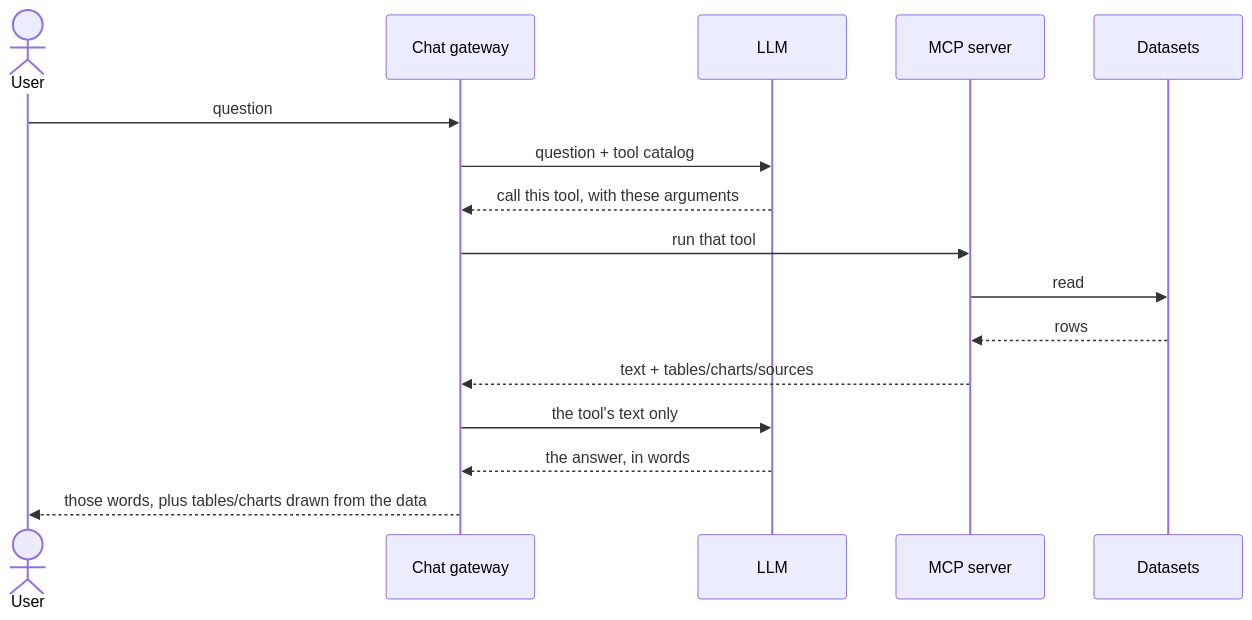
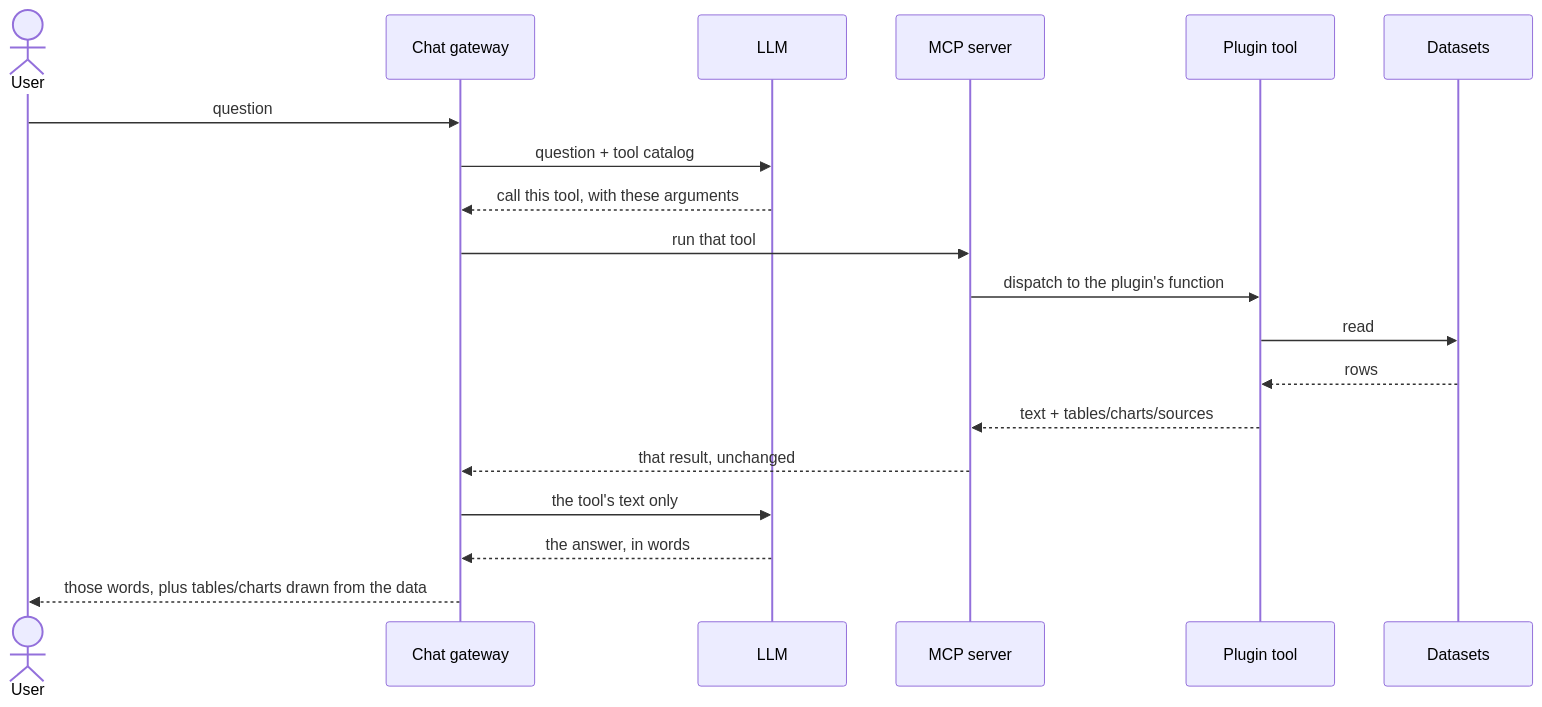
The diagram in docs/overview/architecture.md (okfn/mcp-docs), drawn with Mermaid before and after one commit. The commit also changed other lines of this file and 2 other files, not shown here.

Commit message:
Improve diagram (and colors for nigth mode)

````diff
--- a/docs/overview/architecture.md
+++ b/docs/overview/architecture.md
@@ -19,19 +19,22 @@
 ```mermaid
 sequenceDiagram
     actor User
     participant Gateway as Chat gateway
     participant LLM
     participant MCP as MCP server
+    participant Tool as Plugin tool
     participant Data as Datasets
 
     User->>Gateway: question
     Gateway->>LLM: question + tool catalog
     LLM-->>Gateway: call this tool, with these arguments
     Gateway->>MCP: run that tool
-    MCP->>Data: read
-    Data-->>MCP: rows
-    MCP-->>Gateway: text + tables/charts/sources
+    MCP->>Tool: dispatch to the plugin's function
+    Tool->>Data: read
+    Data-->>Tool: rows
+    Tool-->>MCP: text + tables/charts/sources
+    MCP-->>Gateway: that result, unchanged
     Gateway->>LLM: the tool's text only
     LLM-->>Gateway: the answer, in words
     Gateway-->>User: those words, plus tables/charts drawn from the data
 ```
````
